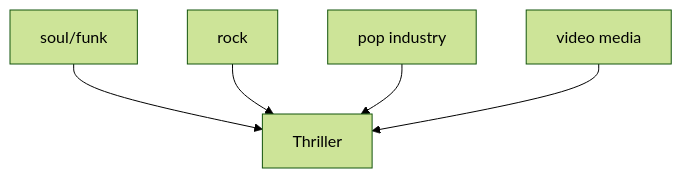
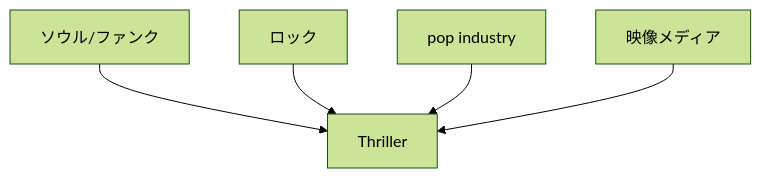
Diagram 19 of 21 in en/_posts/2026-06-27-column-influential-album-01.md (monumental-movement/monumental-movement.github.io), drawn with Mermaid (forest theme) before and after one commit. The commit also changed other lines of this file and 2196 other files, not shown here.

```diff
--- a/en/_posts/2026-06-27-column-influential-album-01.md
+++ b/en/_posts/2026-06-27-column-influential-album-01.md
@@ -1412,14 +1410,14 @@
 <div class="mermaid">
 flowchart TD
-A[soul/funk]
-B[rock]
+A[ソウル/ファンク]
+B[ロック]
 C[pop industry]
-D[video media]
+D[映像メディア]
 E[Thriller]
 
 A --> E
 B --> E
 C --> E
 D --> E
 
 </div>
```
